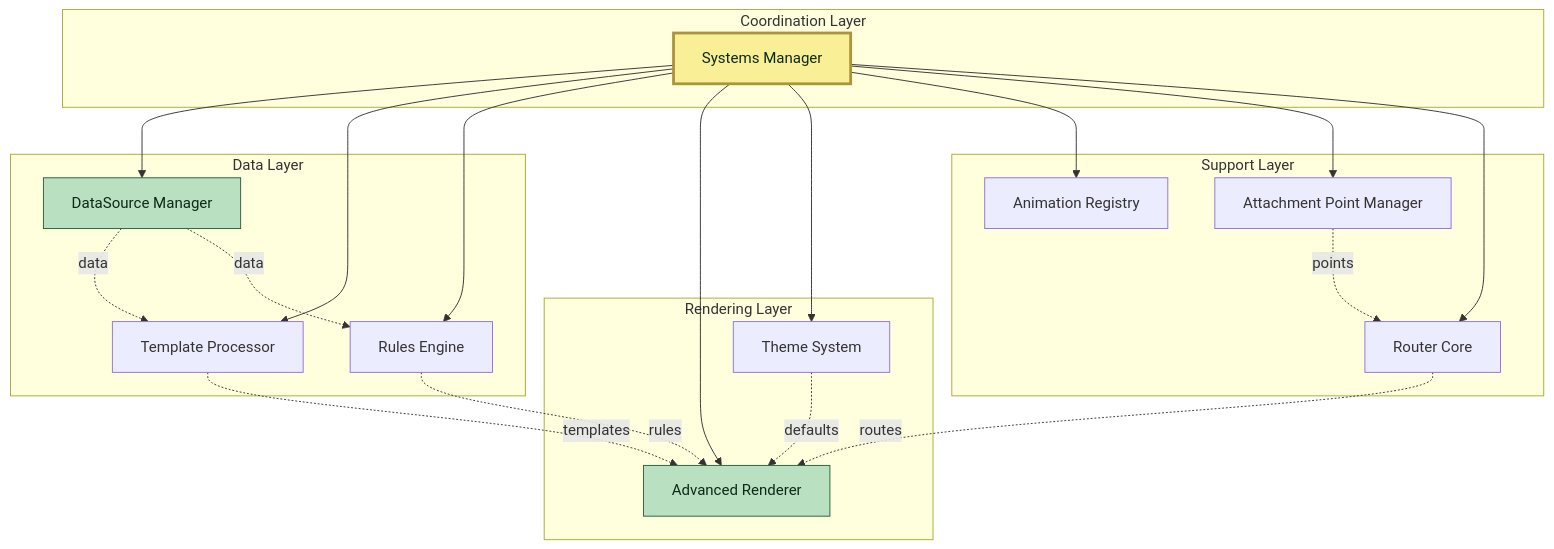
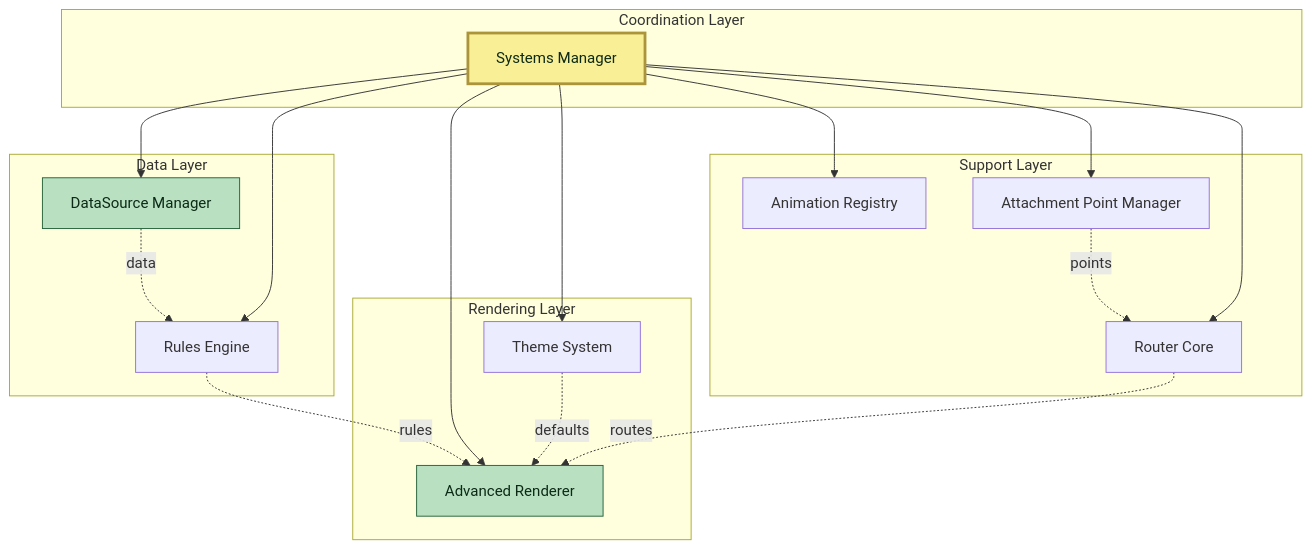
The diagram in doc/architecture/subsystems/README.md (snootched/lcards), drawn with Mermaid before and after one commit. The commit also changed other lines of this file and 8 other files, not shown here.

Commit message:
Remove TemplateProcessor references from documentation

````diff
--- a/doc/architecture/subsystems/README.md
+++ b/doc/architecture/subsystems/README.md
@@ -217,44 +218,40 @@
 ```mermaid
 graph TB
     subgraph "Coordination Layer"
         SM[Systems Manager]
     end
 
     subgraph "Data Layer"
         DSM[DataSource Manager]
-        TP[Template Processor]
         RE[Rules Engine]
     end
 
     subgraph "Rendering Layer"
         AR[Advanced Renderer]
         Theme[Theme System]
     end
 
     subgraph "Support Layer"
         ANIM[Animation Registry]
         APM[Attachment Point Manager]
         RC[Router Core]
     end
 
     SM --> DSM
-    SM --> TP
     SM --> RE
     SM --> AR
     SM --> Theme
     SM --> ANIM
     SM --> APM
     SM --> RC
 
-    DSM -.data.-> TP
     DSM -.data.-> RE
-    TP -.templates.-> AR
     RE -.rules.-> AR
     Theme -.defaults.-> AR
     APM -.points.-> RC
     RC -.routes.-> AR
 
     style SM fill:#f9ef97,stroke:#ac943b,stroke-width:3px,color:#0c2a15
     style DSM fill:#b8e0c1,stroke:#266239,color:#0c2a15
     style AR fill:#b8e0c1,stroke:#266239,color:#0c2a15
 ```
````
